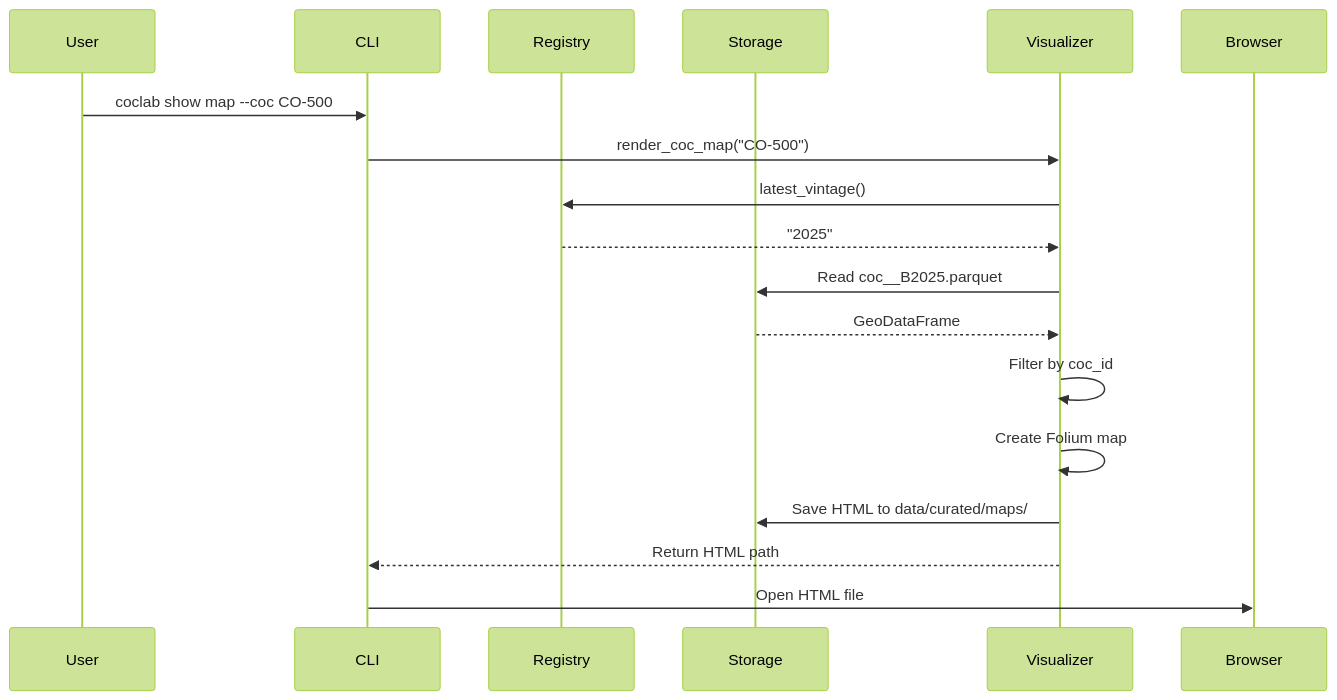
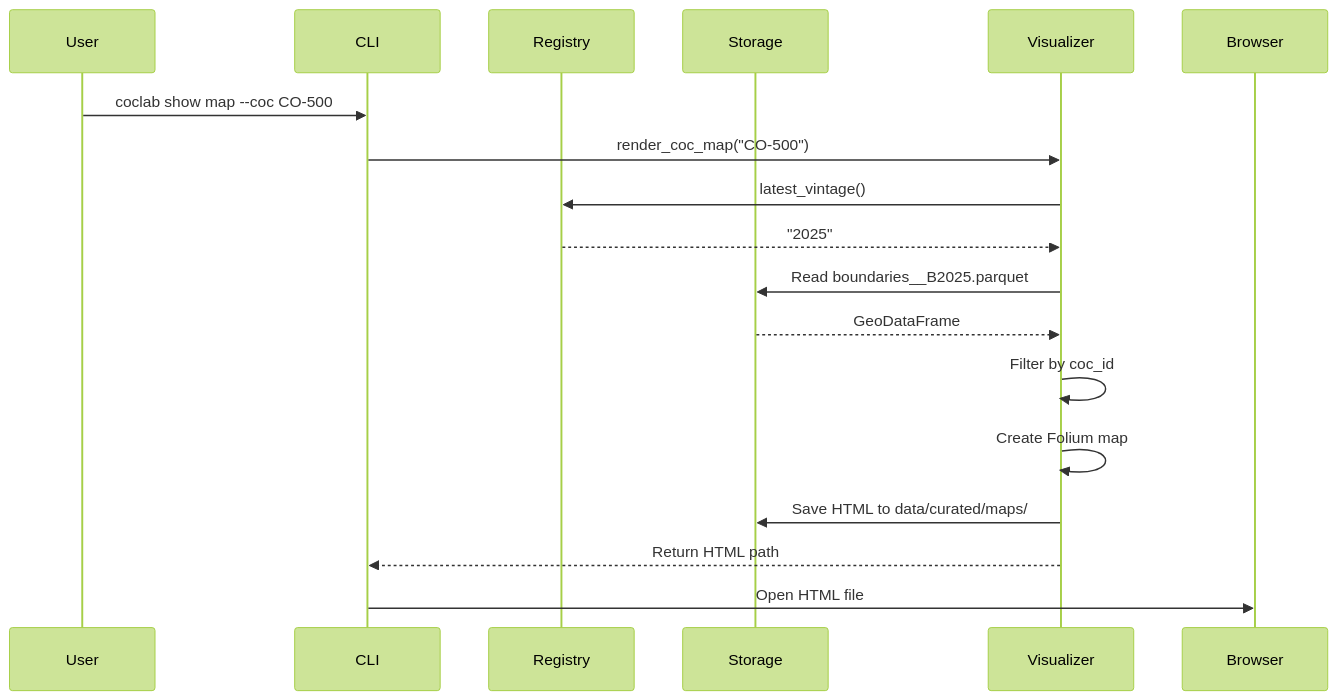
The second of 4 diagrams in manual-obsidian/08-Workflows.md (mlmcconnell1/HHP-Lab), drawn with Mermaid (forest theme) before and after one commit. The commit also changed other lines of this file and 6 other files, not shown here.

````diff
--- a/manual-obsidian/08-Workflows.md
+++ b/manual-obsidian/08-Workflows.md
@@ -36,21 +36,21 @@
 ```mermaid
 sequenceDiagram
     participant User
     participant CLI
     participant Registry
     participant Storage
     participant Visualizer
     participant Browser
 
     User->>CLI: coclab show map --coc CO-500
     CLI->>Visualizer: render_coc_map("CO-500")
     Visualizer->>Registry: latest_vintage()
     Registry-->>Visualizer: "2025"
-    Visualizer->>Storage: Read coc__B2025.parquet
+    Visualizer->>Storage: Read boundaries__B2025.parquet
     Storage-->>Visualizer: GeoDataFrame
     Visualizer->>Visualizer: Filter by coc_id
     Visualizer->>Visualizer: Create Folium map
     Visualizer->>Storage: Save HTML to data/curated/maps/
     Visualizer-->>CLI: Return HTML path
     CLI->>Browser: Open HTML file
 ```
````
